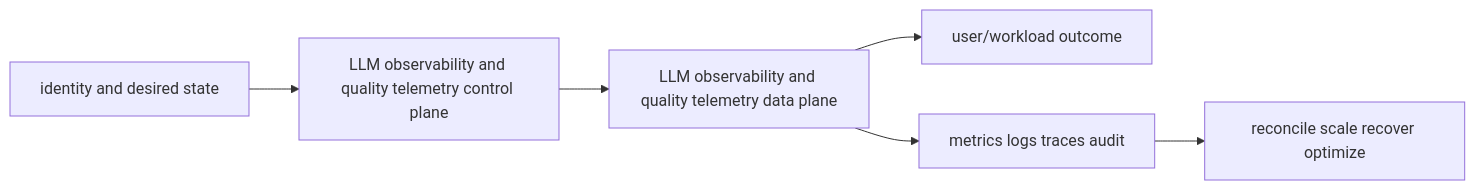
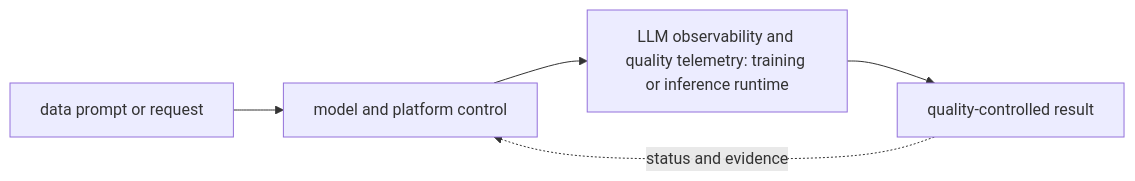
The diagram in 11-ai-platform/08-mlops-and-llmops-lifecycle/22-llm-observability/README.md (tomkidumbuyo/DevOps-interview-preparation), drawn with Mermaid before and after one commit. The commit also changed other lines of this file and 753 other files, not shown here.

````diff
--- a/11-ai-platform/08-mlops-and-llmops-lifecycle/22-llm-observability/README.md
+++ b/11-ai-platform/08-mlops-and-llmops-lifecycle/22-llm-observability/README.md
@@ -19,8 +31,7 @@
 ```mermaid
 flowchart LR
-  I[identity and desired state] --> C[LLM observability and quality telemetry control plane]
-  C --> D[LLM observability and quality telemetry data plane]
-  D --> U[user/workload outcome]
-  D --> O[metrics logs traces audit]
-  O --> R[reconcile scale recover optimize]
+  A["data prompt or request"] --> B["model and platform control"]
+  B --> C["LLM observability and quality telemetry: training or inference runtime"]
+  C --> D["quality-controlled result"]
+  D -. "status and evidence" .-> B
 ```
````
